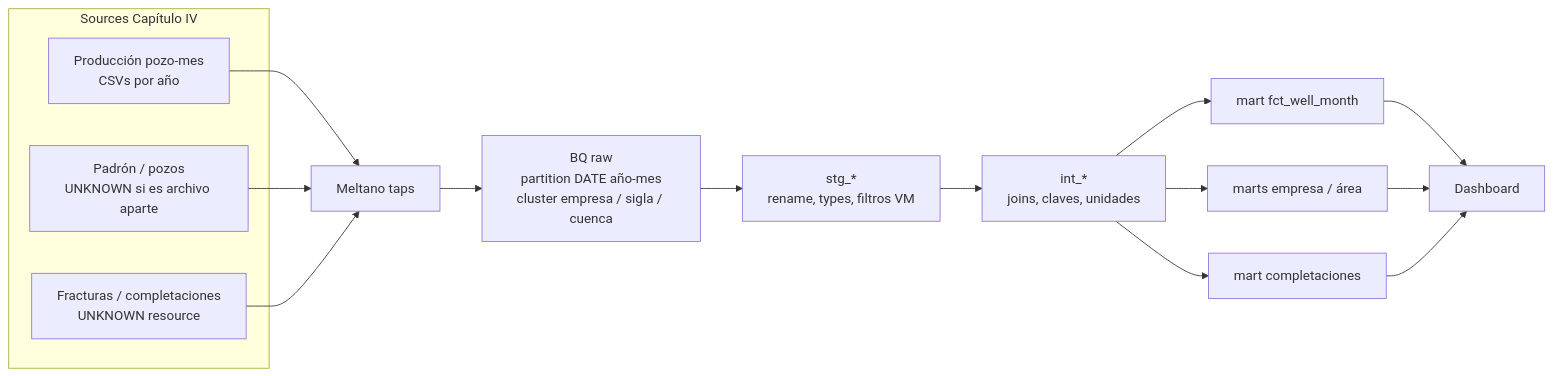
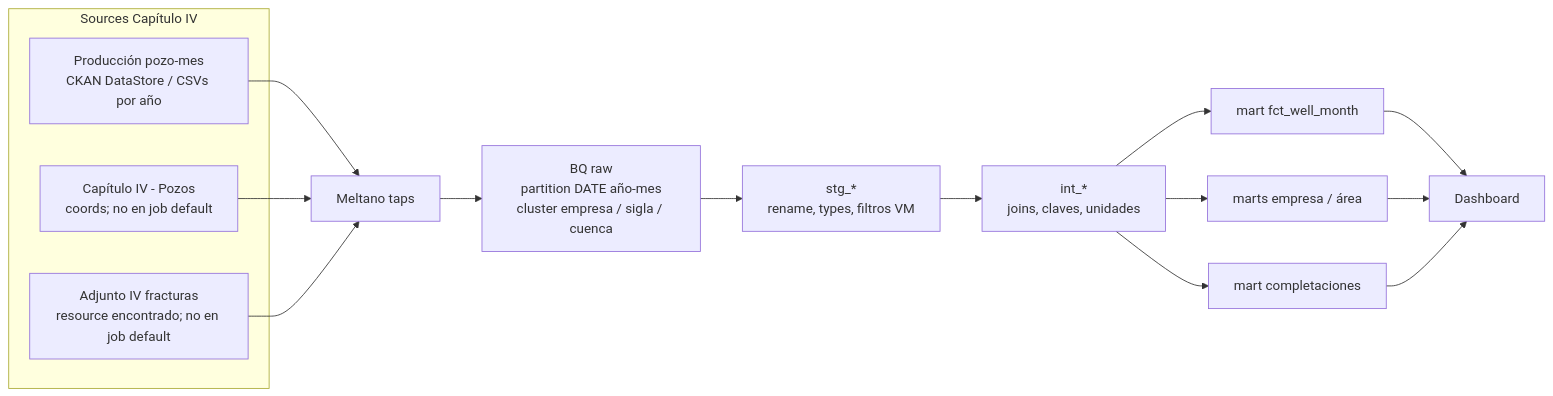
One commit to nrohland/vaca-muerta-pulse changed the third of 3 diagrams in docs/architecture.md. Above: the diagram before and after it, drawn with Mermaid. The commit also changed other lines of this file and 26 other files, not shown here.

````diff
--- a/docs/architecture.md
+++ b/docs/architecture.md
@@ -63,20 +63,20 @@
 ```mermaid
 flowchart LR
   subgraph Sources["Sources Capítulo IV"]
-    P["Producción pozo-mes<br/>CSVs por año"]
-    W["Padrón / pozos<br/>UNKNOWN si es archivo aparte"]
-    F["Fracturas / completaciones<br/>UNKNOWN resource"]
+    P["Producción pozo-mes<br/>CKAN DataStore / CSVs por año"]
+    W["Capítulo IV - Pozos<br/>coords; no en job default"]
+    F["Adjunto IV fracturas<br/>resource encontrado; no en job default"]
   end
   P --> TAPS
   W --> TAPS
   F --> TAPS
   TAPS["Meltano taps"] --> RAW["BQ raw<br/>partition DATE año-mes<br/>cluster empresa / sigla / cuenca"]
   RAW --> STG["stg_*<br/>rename, types, filtros VM"]
   STG --> INT["int_*<br/>joins, claves, unidades"]
   INT --> M1["mart fct_well_month"]
   INT --> M2["marts empresa / área"]
   INT --> M3["mart completaciones"]
   M1 --> WEB["Dashboard"]
   M2 --> WEB
   M3 --> WEB
 ```
````
